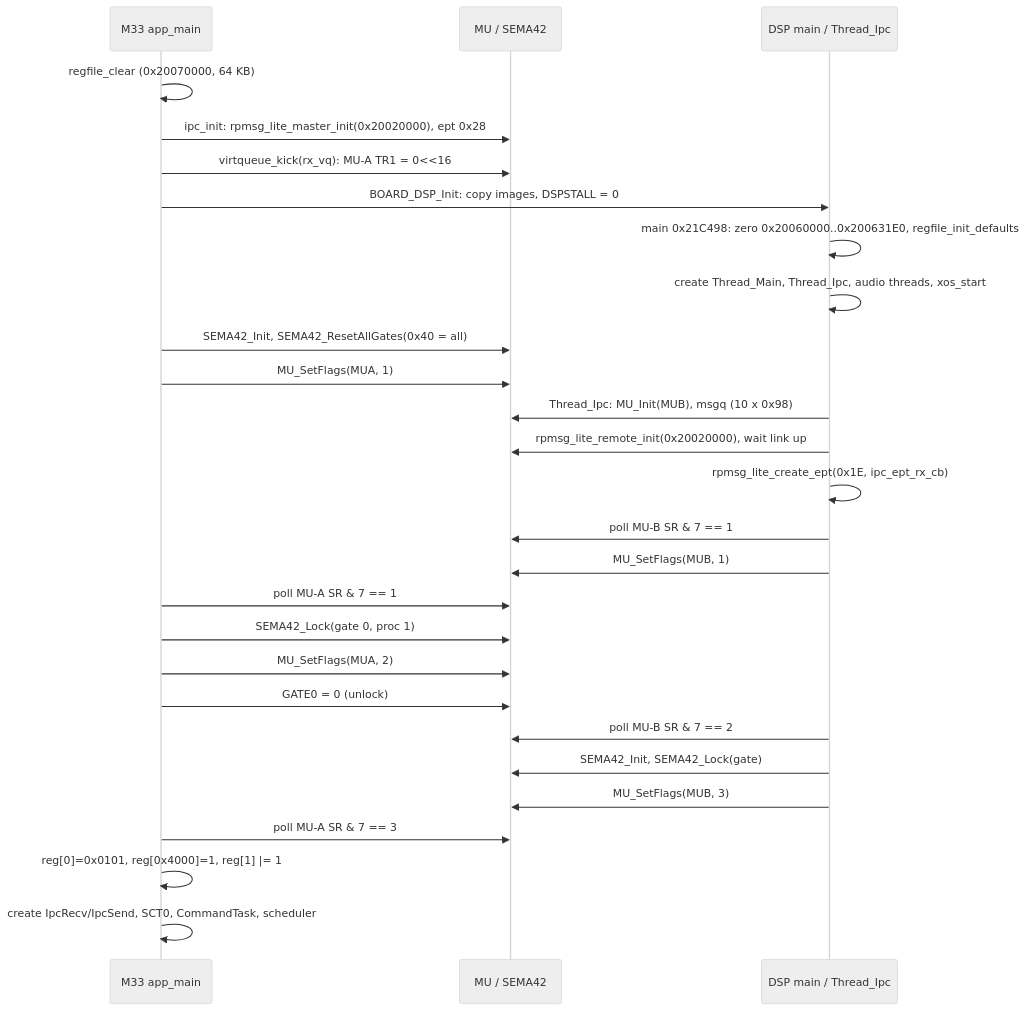
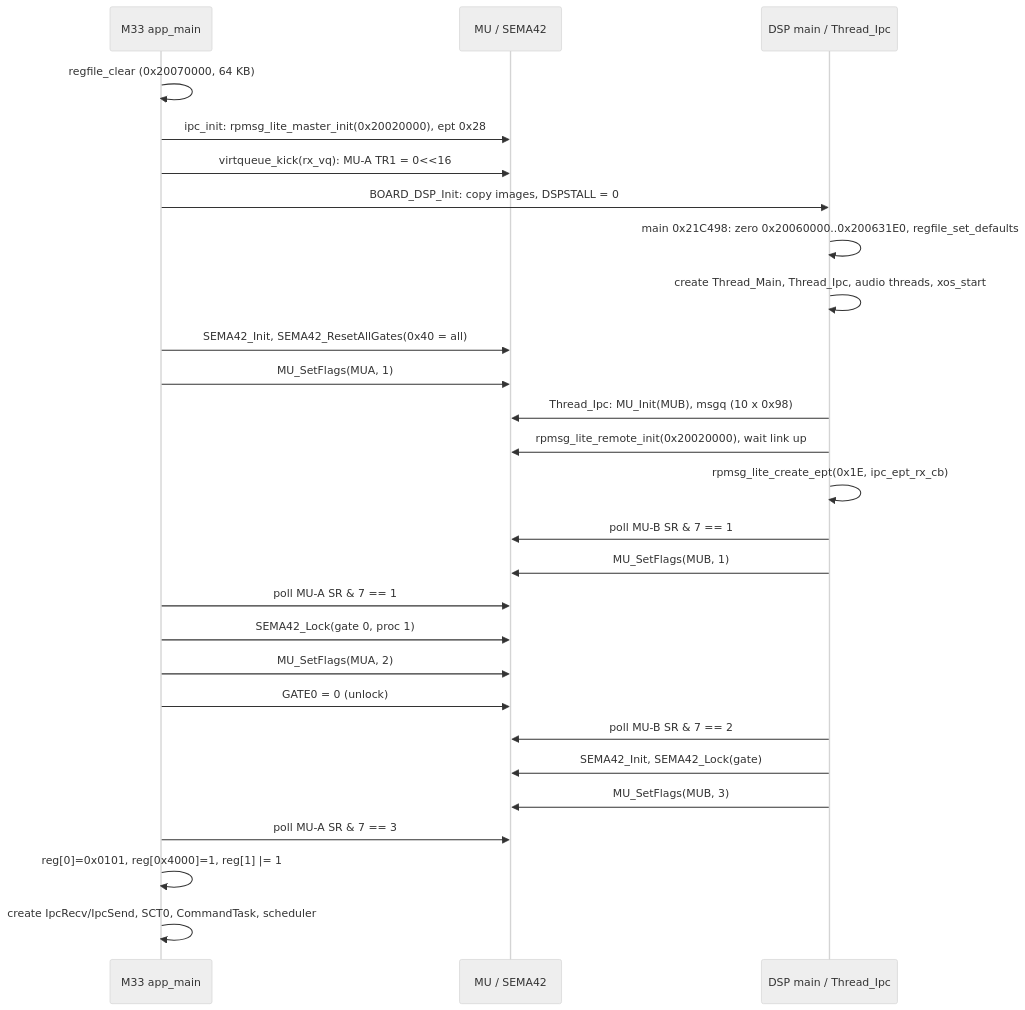
Before and after one commit to Reid-n0rc/FT-710_Firmware: the second of 4 diagrams in docs/code/ifdsp/ipc.md, drawn with Mermaid (neutral theme). The commit also changed other lines of this file and 29 other files, not shown here.

````diff
--- a/docs/code/ifdsp/ipc.md
+++ b/docs/code/ifdsp/ipc.md
@@ -112,29 +111,29 @@
 ```mermaid
 sequenceDiagram
   participant M as M33 app_main
   participant HW as MU / SEMA42
   participant D as DSP main / Thread_Ipc
   M->>M: regfile_clear (0x20070000, 64 KB)
   M->>HW: ipc_init: rpmsg_lite_master_init(0x20020000), ept 0x28
   M->>HW: virtqueue_kick(rx_vq): MU-A TR1 = 0<<16
   M->>D: BOARD_DSP_Init: copy images, DSPSTALL = 0
-  D->>D: main 0x21C498: zero 0x20060000..0x200631E0, regfile_init_defaults
+  D->>D: main 0x21C498: zero 0x20060000..0x200631E0, regfile_set_defaults
   D->>D: create Thread_Main, Thread_Ipc, audio threads, xos_start
   M->>HW: SEMA42_Init, SEMA42_ResetAllGates(0x40 = all)
   M->>HW: MU_SetFlags(MUA, 1)
   D->>HW: Thread_Ipc: MU_Init(MUB), msgq (10 x 0x98)
   D->>HW: rpmsg_lite_remote_init(0x20020000), wait link up
   D->>D: rpmsg_lite_create_ept(0x1E, ipc_ept_rx_cb)
   D->>HW: poll MU-B SR & 7 == 1
   D->>HW: MU_SetFlags(MUB, 1)
   M->>HW: poll MU-A SR & 7 == 1
   M->>HW: SEMA42_Lock(gate 0, proc 1)
   M->>HW: MU_SetFlags(MUA, 2)
   M->>HW: GATE0 = 0 (unlock)
   D->>HW: poll MU-B SR & 7 == 2
   D->>HW: SEMA42_Init, SEMA42_Lock(gate)
   D->>HW: MU_SetFlags(MUB, 3)
   M->>HW: poll MU-A SR & 7 == 3
   M->>M: reg[0]=0x0101, reg[0x4000]=1, reg[1] |= 1
   M->>M: create IpcRecv/IpcSend, SCT0, CommandTask, scheduler
 ```
````
